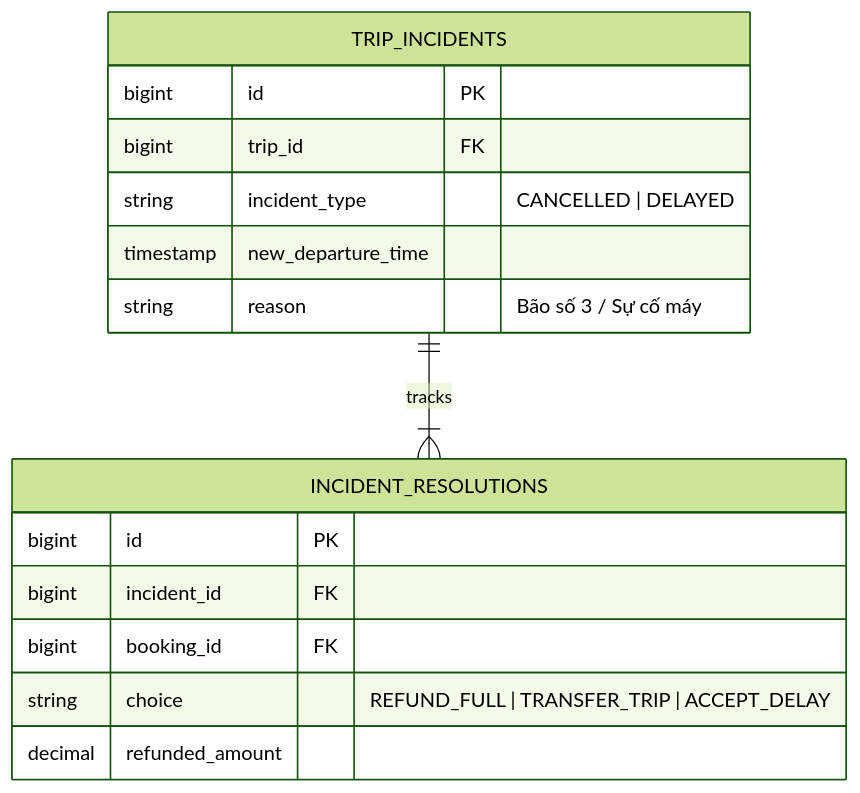
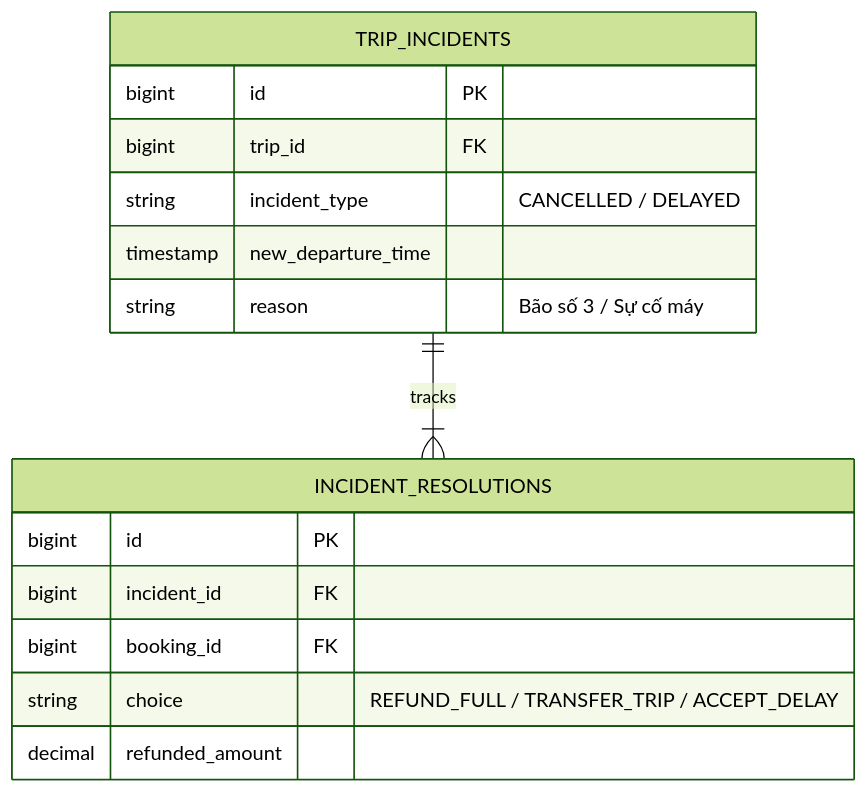
One commit to tomone2kd000-ux/superdong-booking-system changed the second of 2 diagrams in content/docs/chuong-05-su-co-doi-tau-huy-chuyen-va-doi-hoan-ve/02-superdong-huy-chuyen-hoac-doi-gio-chay.mdx. Above: the diagram before and after it, drawn with Mermaid (forest theme). The commit also changed 17 other files, not shown here.

Commit message:
fix: resolve Mermaid erDiagram syntax warnings across all MDX files

````diff
--- a/content/docs/chuong-05-su-co-doi-tau-huy-chuyen-va-doi-hoan-ve/02-superdong-huy-chuyen-hoac-doi-gio-chay.mdx
+++ b/content/docs/chuong-05-su-co-doi-tau-huy-chuyen-va-doi-hoan-ve/02-superdong-huy-chuyen-hoac-doi-gio-chay.mdx
@@ -45,20 +45,20 @@
 ```mermaid
 erDiagram
     TRIP_INCIDENTS ||--|{ INCIDENT_RESOLUTIONS : tracks
 
     TRIP_INCIDENTS {
         bigint id PK
         bigint trip_id FK
-        string incident_type "CANCELLED | DELAYED"
+        string incident_type "CANCELLED / DELAYED"
         timestamp new_departure_time
         string reason "Bão số 3 / Sự cố máy"
     }
 
     INCIDENT_RESOLUTIONS {
         bigint id PK
         bigint incident_id FK
         bigint booking_id FK
-        string choice "REFUND_FULL | TRANSFER_TRIP | ACCEPT_DELAY"
+        string choice "REFUND_FULL / TRANSFER_TRIP / ACCEPT_DELAY"
         decimal refunded_amount
     }
 ```
````
